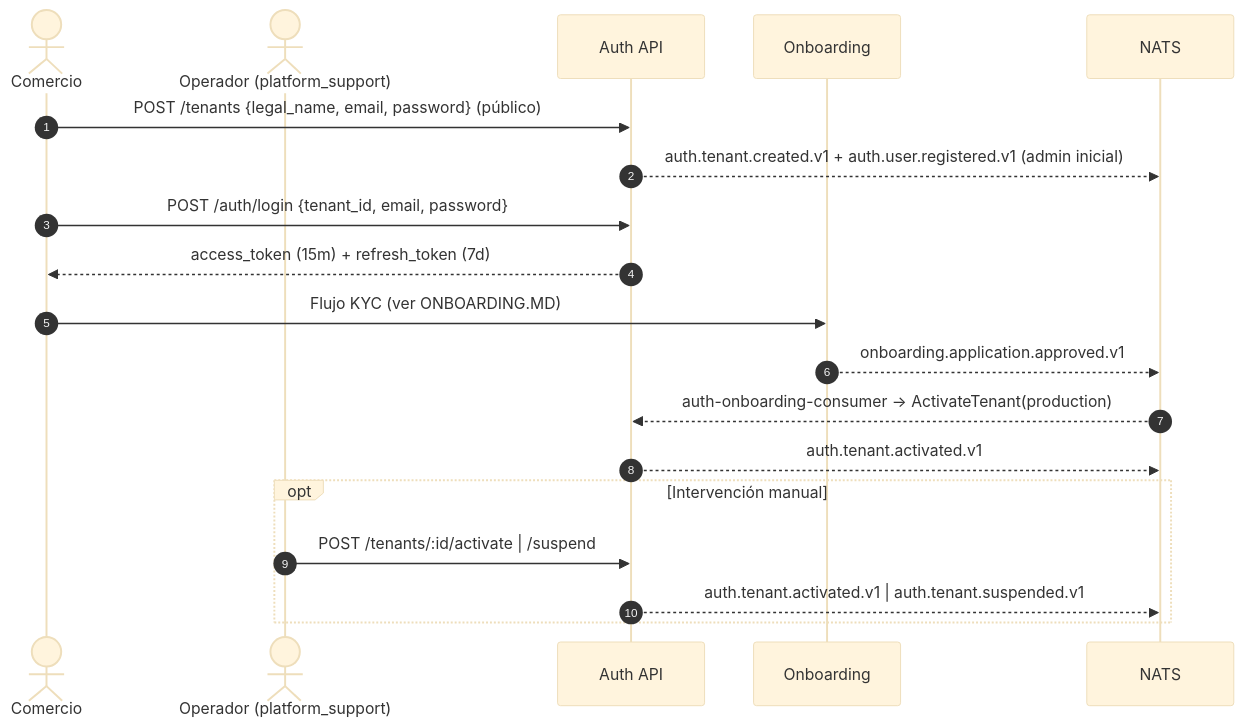
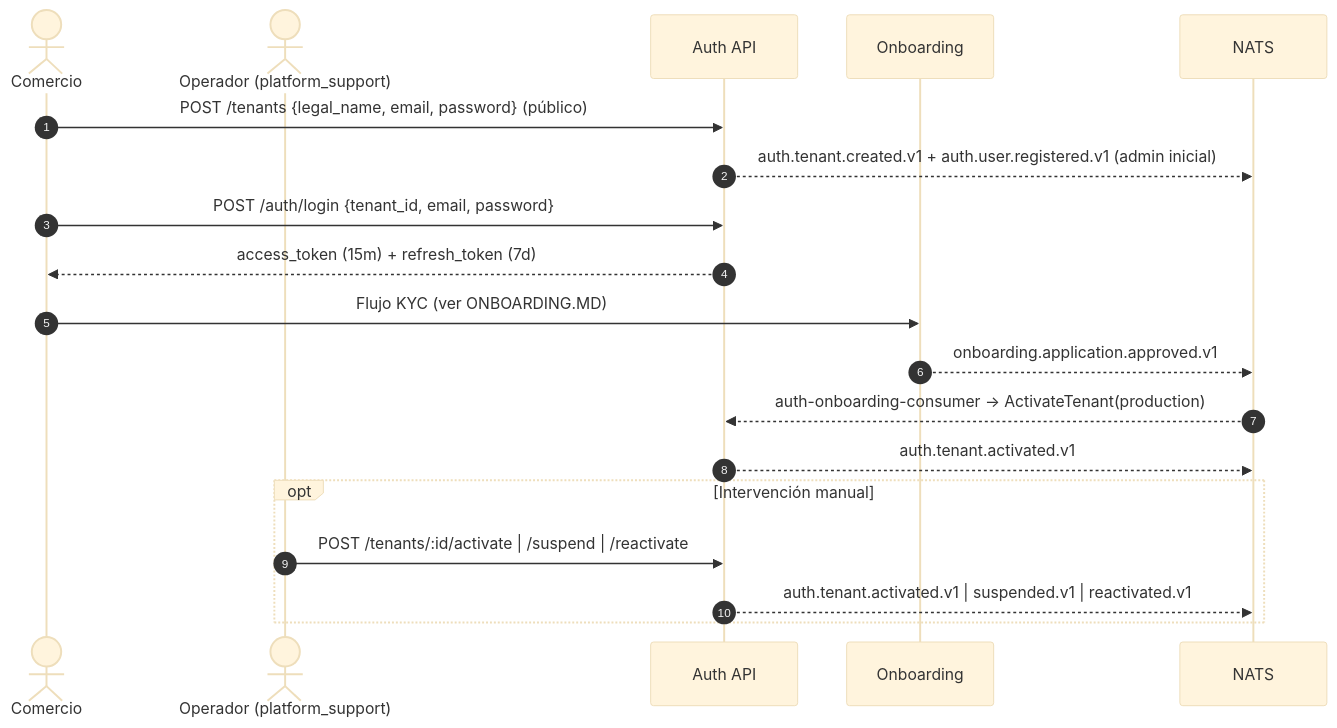
Before and after one commit to juantevez/cobros-platform: the first of 3 diagrams in docs/technical/AUTH.md, drawn with Mermaid (base theme). The commit also changed other lines of this file and 28 other files, not shown here.

First line of the commit message:
auth: pase de test a producción y reactivación de tenants

````diff
--- a/docs/technical/AUTH.md
+++ b/docs/technical/AUTH.md
@@ -53,22 +53,22 @@
 ```mermaid
 sequenceDiagram
     autonumber
     actor C as Comercio
     actor P as Operador (platform_support)
     participant A as Auth API
     participant OB as Onboarding
     participant N as NATS
 
     C->>A: POST /tenants {legal_name, email, password}  (público)
     A-->>N: auth.tenant.created.v1 + auth.user.registered.v1 (admin inicial)
     C->>A: POST /auth/login {tenant_id, email, password}
     A-->>C: access_token (15m) + refresh_token (7d)
     C->>OB: Flujo KYC (ver ONBOARDING.MD)
     OB-->>N: onboarding.application.approved.v1
     N-->>A: auth-onboarding-consumer → ActivateTenant(production)
     A-->>N: auth.tenant.activated.v1
     opt Intervención manual
-        P->>A: POST /tenants/:id/activate | /suspend
-        A-->>N: auth.tenant.activated.v1 | auth.tenant.suspended.v1
+        P->>A: POST /tenants/:id/activate | /suspend | /reactivate
+        A-->>N: auth.tenant.activated.v1 | suspended.v1 | reactivated.v1
     end
 ```
````
